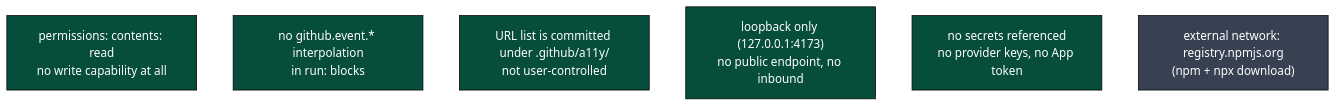
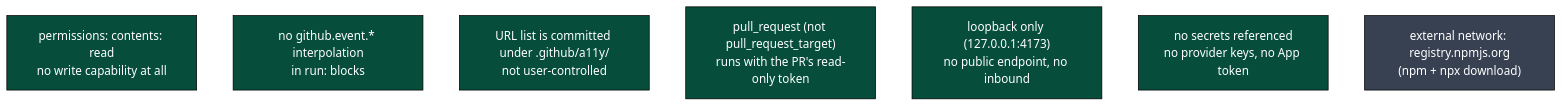
The seventh of 10 diagrams in .github/docs/A11Y_DOCS_DEEP_DIVE.md (llm-exe/llm-exe), drawn with Mermaid (base theme) before and after one commit. The commit also changed other lines of this file and 3 other files, not shown here.

Commit message:
docs: sync a11y-docs deep dive after pull_request trigger change

````diff
--- a/.github/docs/A11Y_DOCS_DEEP_DIVE.md
+++ b/.github/docs/A11Y_DOCS_DEEP_DIVE.md
@@ -236,12 +240,13 @@
 ```mermaid
 flowchart TB
     classDef good fill:#064e3b,color:#fff,stroke:#000
     classDef neutral fill:#374151,color:#fff,stroke:#000
 
     G1["permissions: contents: read\nno write capability at all"]:::good
     G2["no github.event.* interpolation\nin run: blocks"]:::good
     G3["URL list is committed under .github/a11y/\nnot user-controlled"]:::good
+    G6["pull_request (not pull_request_target)\nruns with the PR's read-only token"]:::good
     G4["loopback only (127.0.0.1:4173)\nno public endpoint, no inbound"]:::good
     G5["no secrets referenced\nno provider keys, no App token"]:::good
     N1["external network: registry.npmjs.org\n(npm + npx download)"]:::neutral
 ```
````
